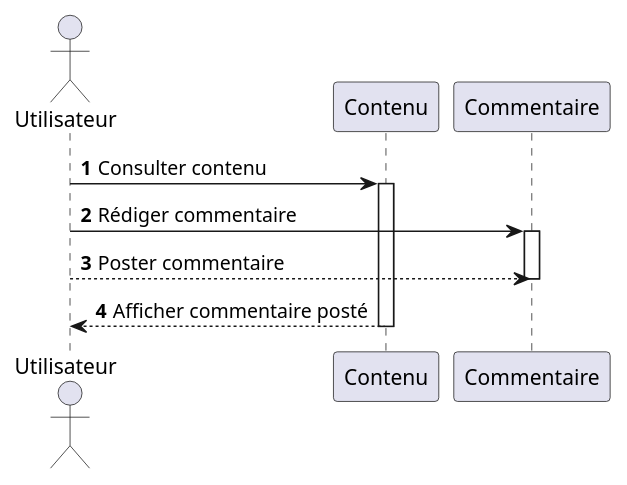
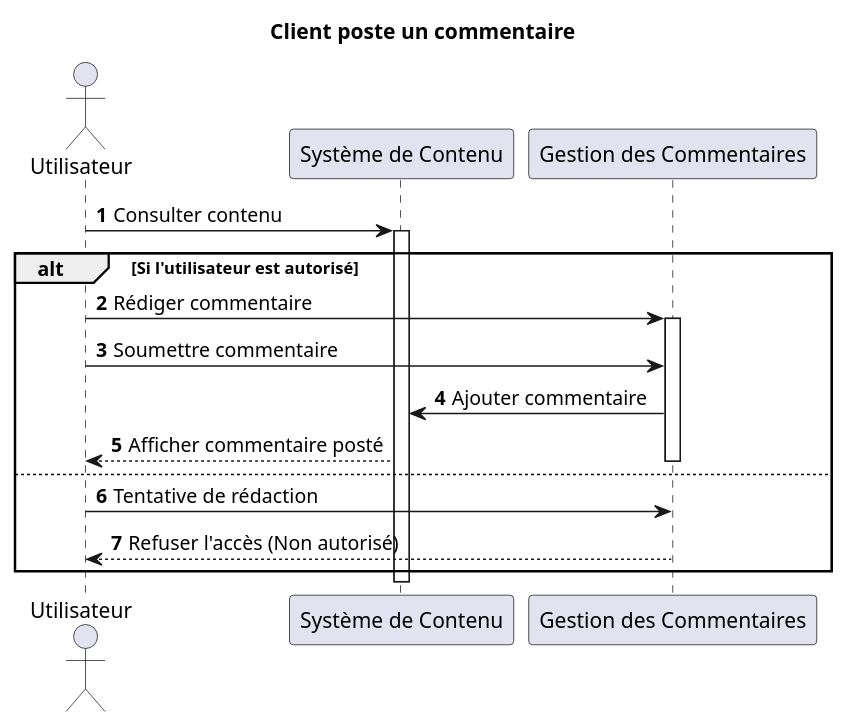
Before and after one commit to the-ark-of-noah/architecture-applicative-2024: the second of 5 diagrams in docs/functional/sequence-diagram-v1.puml, drawn with PlantUML. The commit also changed other lines of this file and 3 other files, not shown here.

```diff
--- a/docs/functional/sequence-diagram-v1.puml
+++ b/docs/functional/sequence-diagram-v1.puml
@@ -19,16 +29,25 @@
-@startuml
+@startuml Client poste un commentaire
 autonumber
 
+title Client poste un commentaire
+
 actor Utilisateur
-participant Contenu
-participant Commentaire
+participant "Système de Contenu" as Contenu
+participant "Gestion des Commentaires" as Commentaire
 
 Utilisateur -> Contenu: Consulter contenu
 activate Contenu
-Utilisateur -> Commentaire: Rédiger commentaire
-activate Commentaire
-Utilisateur --> Commentaire: Poster commentaire
-deactivate Commentaire
-Utilisateur <-- Contenu: Afficher commentaire posté
+
+alt Si l'utilisateur est autorisé
+    Utilisateur -> Commentaire: Rédiger commentaire
+    activate Commentaire
+    Utilisateur -> Commentaire: Soumettre commentaire
+    Commentaire -> Contenu: Ajouter commentaire
+    Contenu --> Utilisateur: Afficher commentaire posté
+    deactivate Commentaire
+else
+    Utilisateur -> Commentaire: Tentative de rédaction
+    Commentaire --> Utilisateur: Refuser l'accès (Non autorisé)
+end
 deactivate Contenu
 @enduml
```
